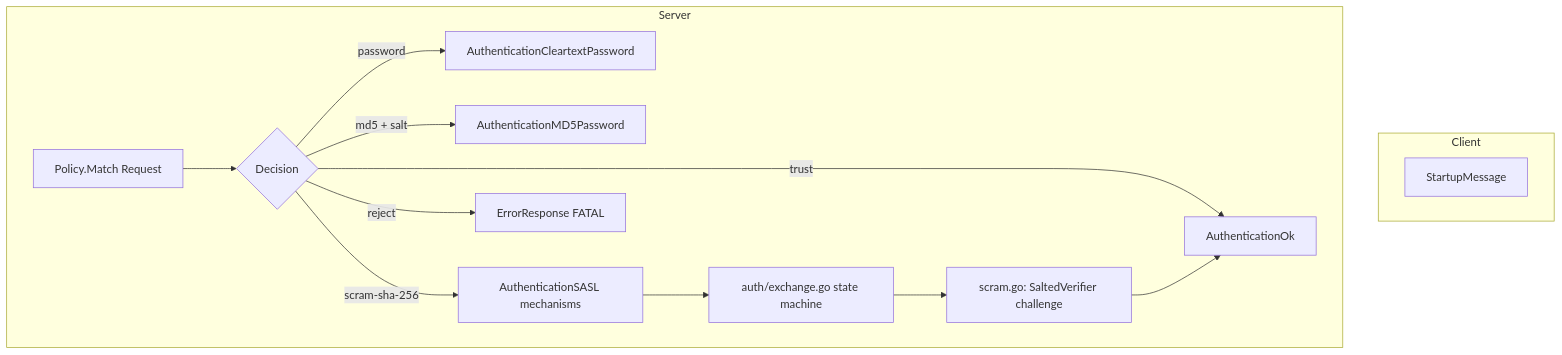
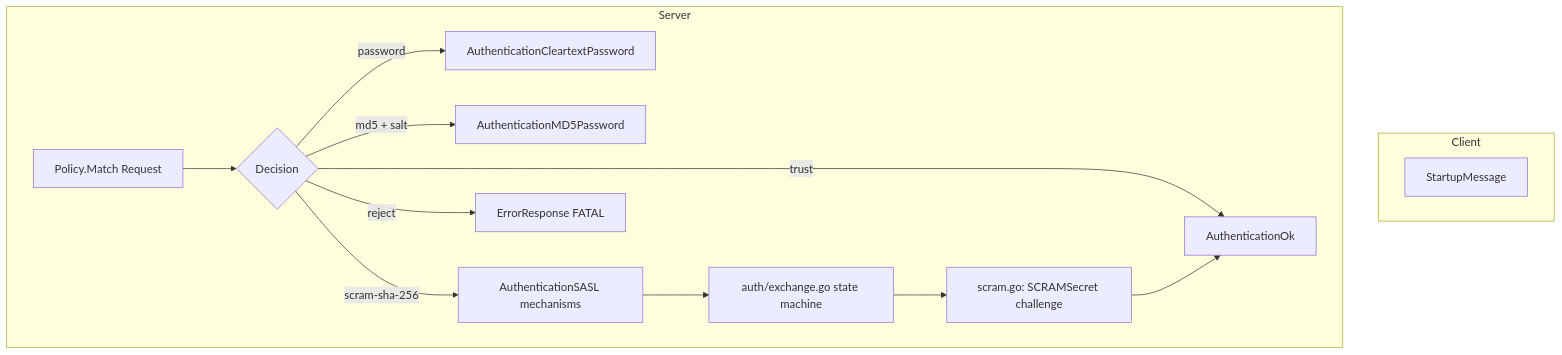
Before and after one commit to ryogrid/goopg: the second of 4 diagrams in docs/wiki/modules/libpq.md, drawn with Mermaid. The commit also changed other lines of this file and 7 other files, not shown here.

````diff
--- a/docs/wiki/modules/libpq.md
+++ b/docs/wiki/modules/libpq.md
@@ -246,18 +246,18 @@
 ```mermaid
 flowchart TD
     subgraph Client
         C[StartupMessage]
     end
     subgraph Server
         P[Policy.Match Request]
         P --> D{Decision}
         D -->|trust| OK[AuthenticationOk]
         D -->|password| PW[AuthenticationCleartextPassword]
         D -->|md5 + salt| MD5[AuthenticationMD5Password]
         D -->|scram-sha-256| SASL[AuthenticationSASL mechanisms]
         D -->|reject| REJ[ErrorResponse FATAL]
         SASL --> E[auth/exchange.go state machine]
-        E --> SCRAM[scram.go: SaltedVerifier challenge]
+        E --> SCRAM[scram.go: SCRAMSecret challenge]
         SCRAM --> OK
     end
 ```
````
